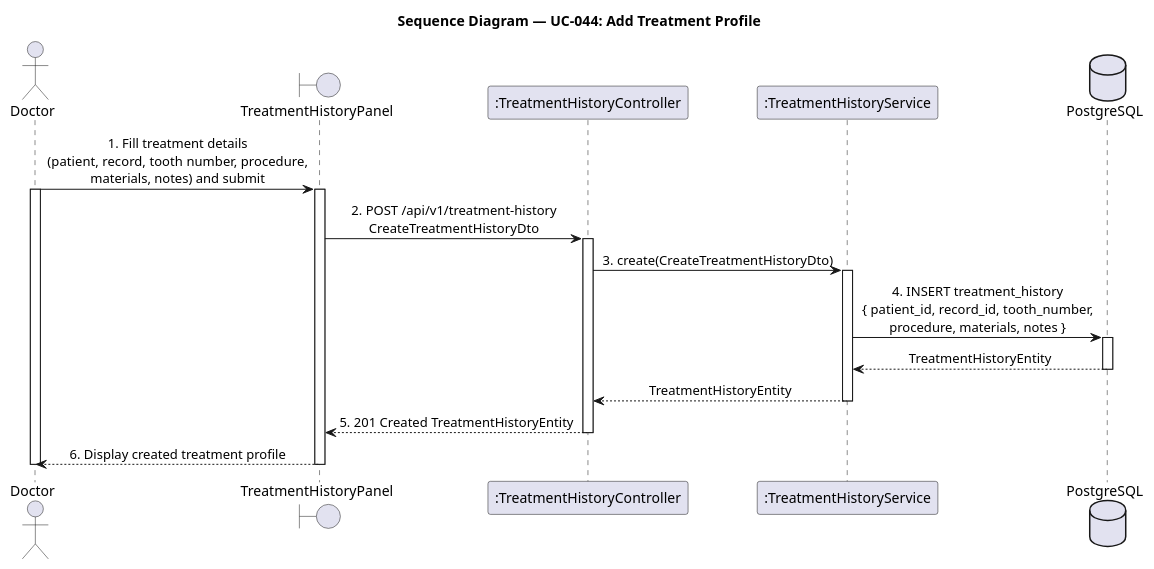
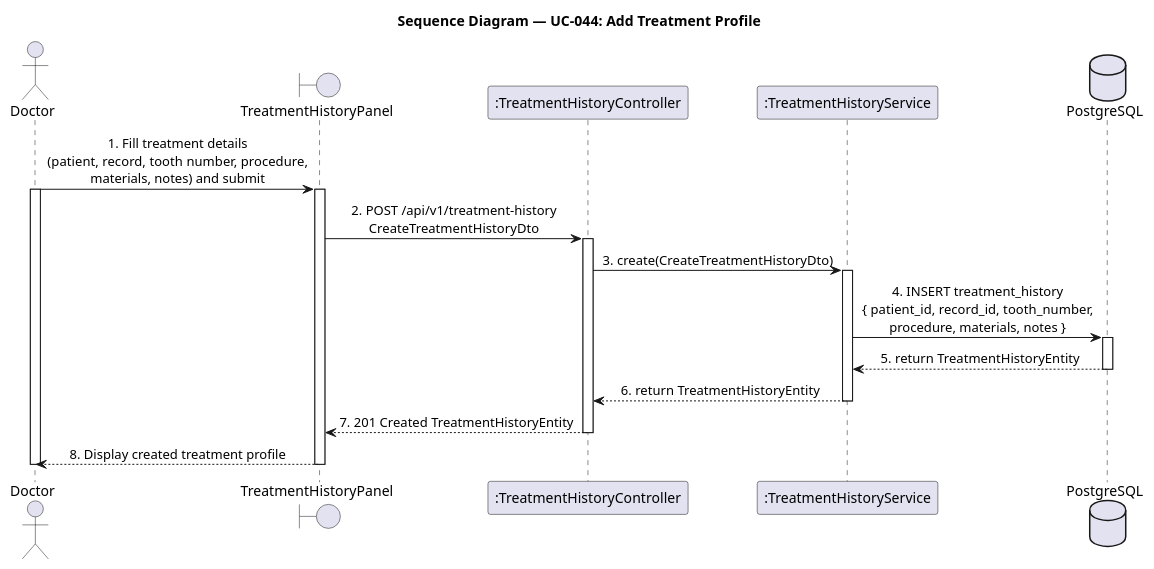
Before and after one commit to LTPPPP/Smart-Medical-Intelligent-Ledger-for-E-health-S.M.I.L.E-: the diagram in docs/sequence-diagram/UC44_AddTreatmentProfile.puml, drawn with PlantUML. The commit also changed 177 other files, not shown here.

Commit message:
skill and doc class diagram

```diff
--- a/docs/sequence-diagram/UC44_AddTreatmentProfile.puml
+++ b/docs/sequence-diagram/UC44_AddTreatmentProfile.puml
@@ -1,39 +1,39 @@
 @startuml SequenceDiagram
 skinparam shadowing false
 skinparam sequenceMessageAlign center
 
 title Sequence Diagram — UC-044: Add Treatment Profile
 
 actor "Doctor" as user
 boundary "TreatmentHistoryPanel" as form
 participant ":TreatmentHistoryController" as ctrl
 participant ":TreatmentHistoryService" as treatSvc
 database "PostgreSQL" as db
 
 user -> form : 1. Fill treatment details\n(patient, record, tooth number, procedure,\nmaterials, notes) and submit
 activate user
 activate form
 
 form -> ctrl : 2. POST /api/v1/treatment-history\nCreateTreatmentHistoryDto
 activate ctrl
 
 ctrl -> treatSvc : 3. create(CreateTreatmentHistoryDto)
 activate treatSvc
 
 treatSvc -> db : 4. INSERT treatment_history\n{ patient_id, record_id, tooth_number,\nprocedure, materials, notes }
 activate db
-db --> treatSvc : TreatmentHistoryEntity
+db --> treatSvc : 5. return TreatmentHistoryEntity
 deactivate db
 
-treatSvc --> ctrl : TreatmentHistoryEntity
+treatSvc --> ctrl : 6. return TreatmentHistoryEntity
 deactivate treatSvc
 
-ctrl --> form : 5. 201 Created TreatmentHistoryEntity
+ctrl --> form : 7. 201 Created TreatmentHistoryEntity
 deactivate ctrl
 
-form --> user : 6. Display created treatment profile
+form --> user : 8. Display created treatment profile
 deactivate form
 
 deactivate user
 
 @enduml
```
